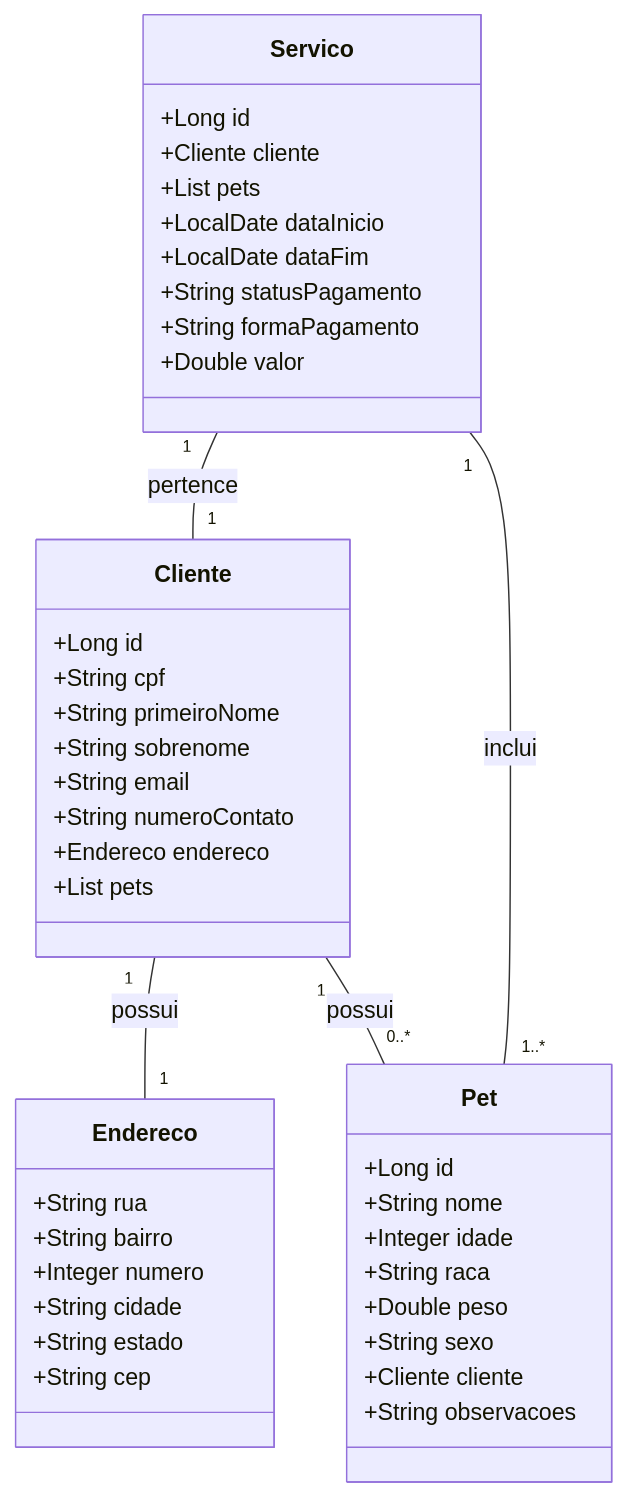
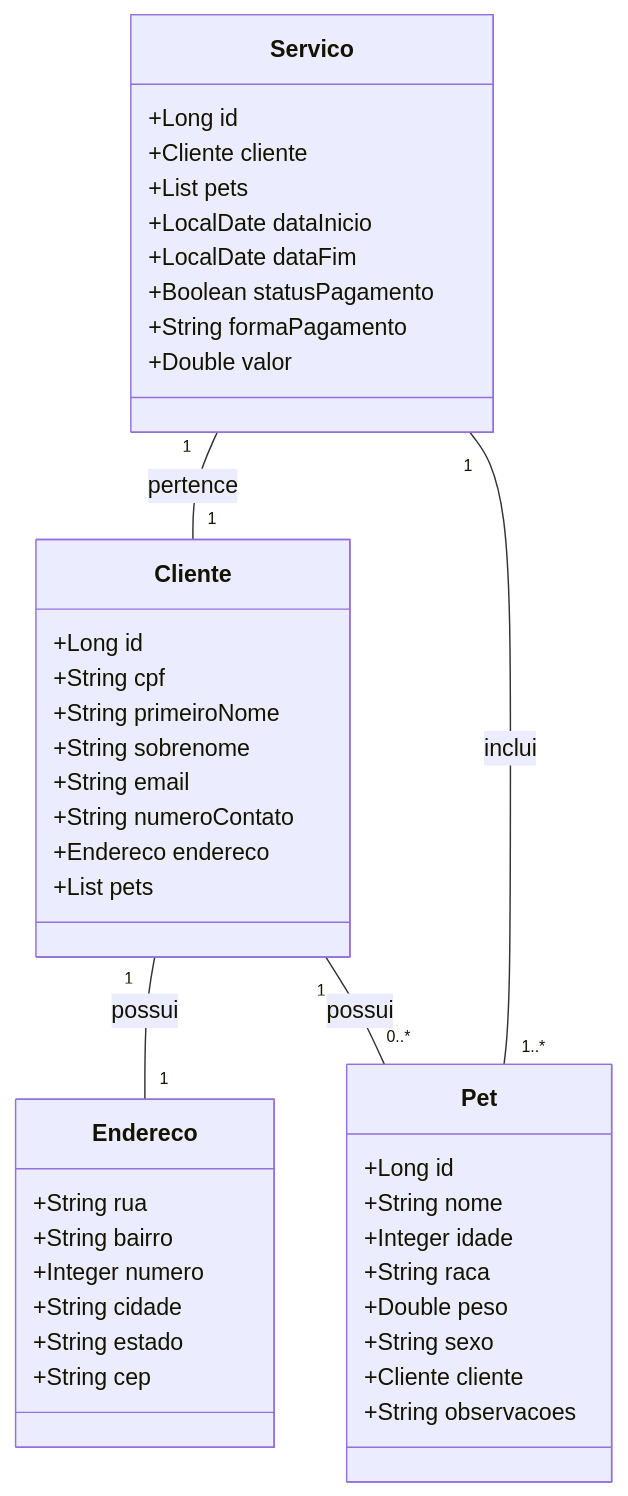
The diagram in README.md (lucascalado0/minha-api-gestao), drawn with Mermaid before and after one commit. The commit also changed 9 other files, not shown here.

````diff
--- a/README.md
+++ b/README.md
@@ -6,51 +6,51 @@
 ```mermaid
 classDiagram
     class Cliente {
         +Long id
         +String cpf
         +String primeiroNome
         +String sobrenome
         +String email
         +String numeroContato
         +Endereco endereco
         +List<Pet> pets
     }
 
     class Endereco {
         +String rua
         +String bairro
         +Integer numero
         +String cidade
         +String estado
         +String cep
     }
 
     class Pet {
         +Long id
         +String nome
         +Integer idade
         +String raca
         +Double peso
         +String sexo
         +Cliente cliente
         +String observacoes
     }
 
     class Servico {
         +Long id
         +Cliente cliente
         +List<Pet> pets
         +LocalDate dataInicio
         +LocalDate dataFim
-        +String statusPagamento
+        +Boolean statusPagamento
         +String formaPagamento
         +Double valor
     }
 
     Cliente "1" -- "1" Endereco : possui
     Cliente "1" -- "0..*" Pet : possui
     Servico "1" -- "1" Cliente : pertence
     Servico "1" -- "1..*" Pet : inclui
 
 
 ```
````
